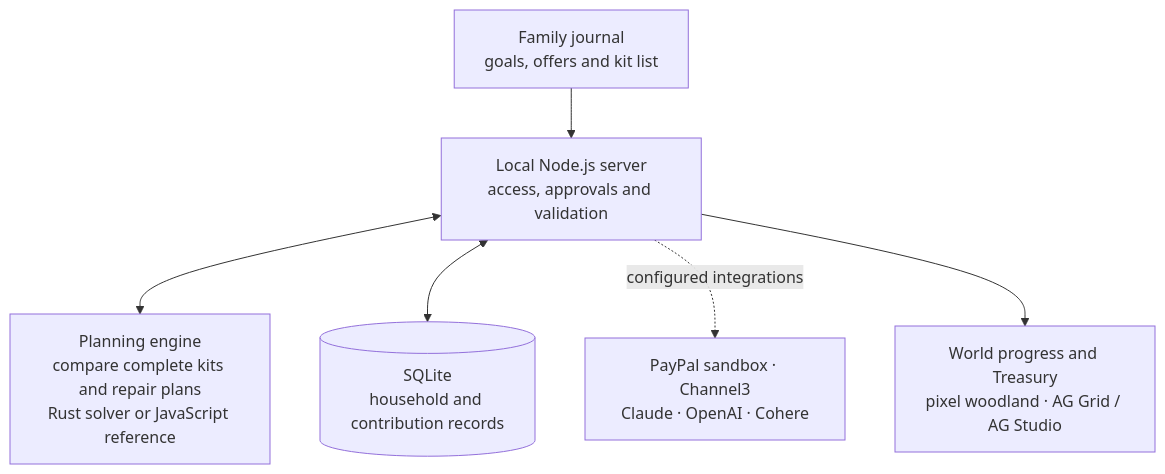
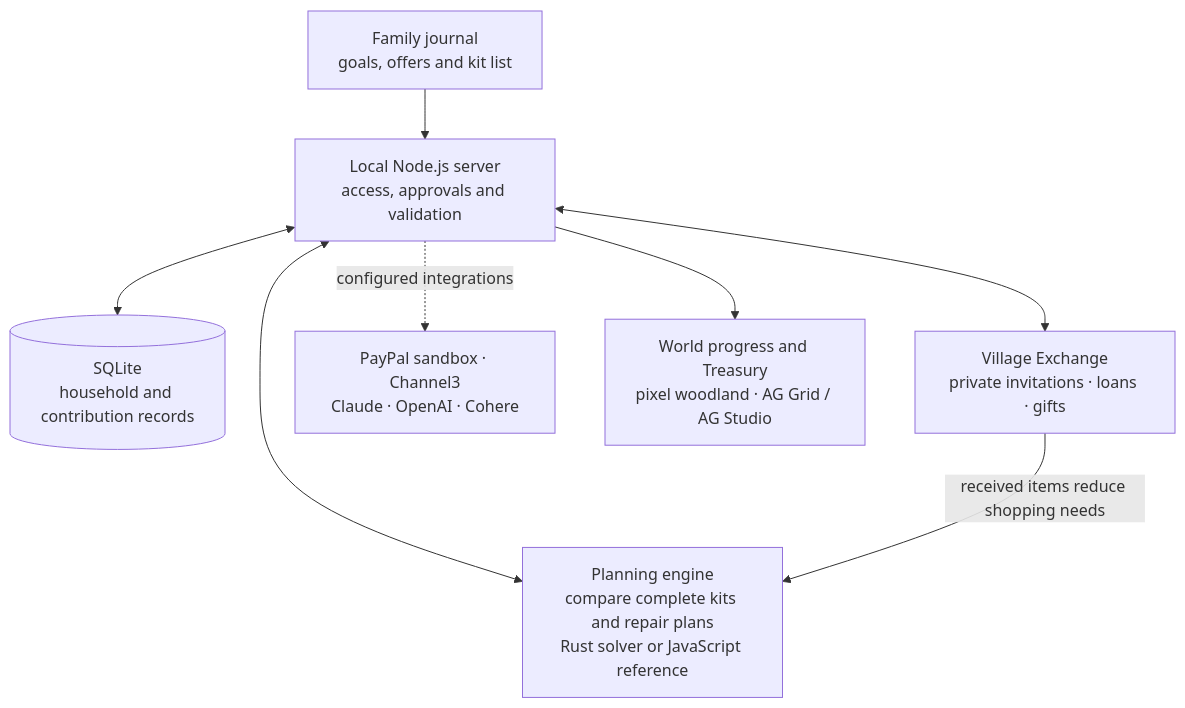
Before and after one commit to alejandro-publius/our-castle: the diagram in README.md, drawn with Mermaid. The commit also changed other lines of this file and 51 other files, not shown here.

Commit message:
Add private Village Exchange and widen woodland exploration

````diff
--- a/README.md
+++ b/README.md
@@ -109,10 +118,12 @@
 ```mermaid
 flowchart TB
     accTitle: Our Castle architecture at a glance
     accDescr: The family journal sends explicit actions to a local Node server. The server uses planning services and SQLite, calls configured providers, and returns world progress and Treasury records.
     Family["Family journal<br/>goals, offers and kit list"] --> Server["Local Node.js server<br/>access, approvals and validation"]
     Server <--> Planning["Planning engine<br/>compare complete kits and repair plans<br/>Rust solver or JavaScript reference"]
     Server <--> Records[("SQLite<br/>household and contribution records")]
+    Server <--> Exchange["Village Exchange<br/>private invitations · loans · gifts"]
+    Exchange -->|"received items reduce shopping needs"| Planning
     Server -. "configured integrations" .-> Providers["PayPal sandbox · Channel3<br/>Claude · OpenAI · Cohere"]
     Server --> View["World progress and Treasury<br/>pixel woodland · AG Grid / AG Studio"]
 ```
````
